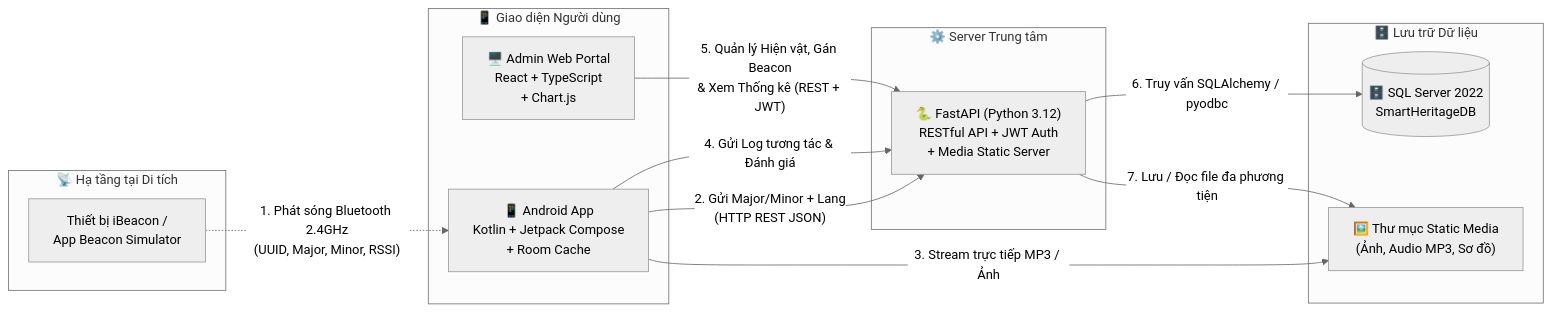
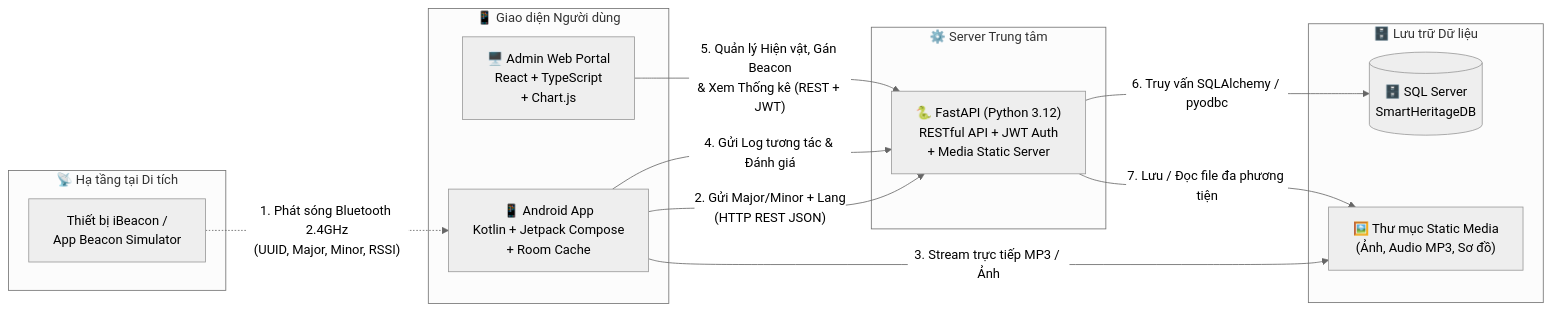
The second of 4 diagrams in README.md (KhiemPham1512/HQTCSDL), drawn with Mermaid (neutral theme) before and after one commit. The commit also changed other lines of this file, not shown here.

````diff
--- a/README.md
+++ b/README.md
@@ -66,29 +66,29 @@
 ```mermaid
 flowchart LR
     subgraph Hardware["📡 Hạ tầng tại Di tích"]
         BLE["Thiết bị iBeacon /<br/>App Beacon Simulator"]
     end
 
     subgraph Clients["📱 Giao diện Người dùng"]
         APP["📱 Android App<br/>Kotlin + Jetpack Compose<br/>+ Room Cache"]
         WEB["🖥️ Admin Web Portal<br/>React + TypeScript<br/>+ Chart.js"]
     end
 
     subgraph Backend["⚙️ Server Trung tâm"]
         API["🐍 FastAPI (Python 3.12)<br/>RESTful API + JWT Auth<br/>+ Media Static Server"]
     end
 
     subgraph DataLayer["🗄️ Lưu trữ Dữ liệu"]
-        DB[("🗄️ SQL Server 2022<br/>SmartHeritageDB")]
+        DB[("🗄️ SQL Server<br/>SmartHeritageDB")]
         FILES["🖼️ Thư mục Static Media<br/>(Ảnh, Audio MP3, Sơ đồ)"]
     end
 
     BLE -. "1. Phát sóng Bluetooth 2.4GHz<br/>(UUID, Major, Minor, RSSI)" .-> APP
     APP -- "2. Gửi Major/Minor + Lang<br/>(HTTP REST JSON)" --> API
     APP -- "3. Stream trực tiếp MP3 / Ảnh" --> FILES
     APP -- "4. Gửi Log tương tác & Đánh giá" --> API
 
     WEB -- "5. Quản lý Hiện vật, Gán Beacon<br/>& Xem Thống kê (REST + JWT)" --> API
     API -- "6. Truy vấn SQLAlchemy / pyodbc" --> DB
     API -- "7. Lưu / Đọc file đa phương tiện" --> FILES
 ```
````
